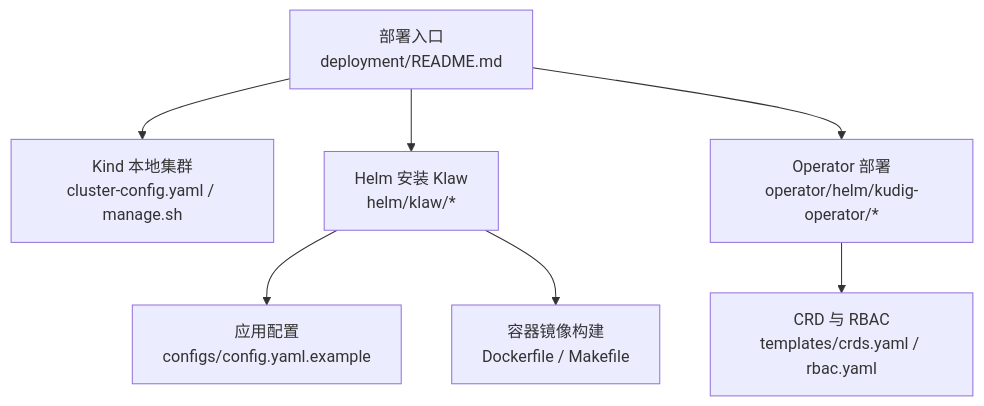
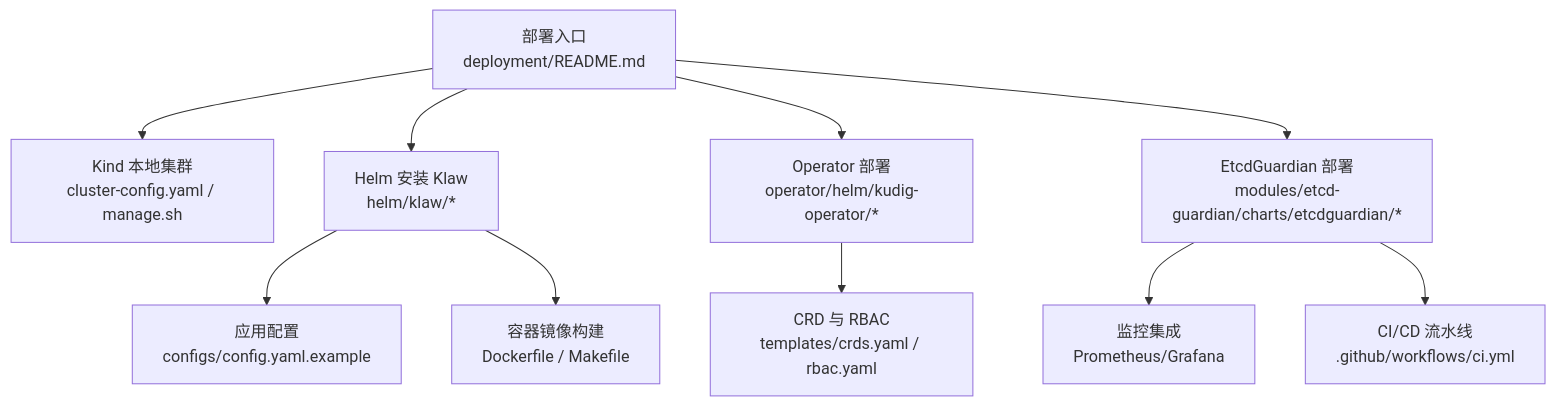
One commit to kudig-io/klaw changed the first of 6 diagrams in .qoder/repowiki/zh/content/安装部署/Kubernetes集群部署/Kubernetes集群部署.md. Above: the diagram before and after it, drawn with Mermaid. The commit also changed other lines of this file and 237 other files, not shown here.

````diff
--- a/.qoder/repowiki/zh/content/安装部署/Kubernetes集群部署/Kubernetes集群部署.md
+++ b/.qoder/repowiki/zh/content/安装部署/Kubernetes集群部署/Kubernetes集群部署.md
@@ -47,9 +67,12 @@
 ```mermaid
 graph TB
 A["部署入口<br/>deployment/README.md"] --> B["Kind 本地集群<br/>cluster-config.yaml / manage.sh"]
 A --> C["Helm 安装 Klaw<br/>helm/klaw/*"]
 A --> D["Operator 部署<br/>operator/helm/kudig-operator/*"]
-C --> E["应用配置<br/>configs/config.yaml.example"]
-C --> F["容器镜像构建<br/>Dockerfile / Makefile"]
-D --> G["CRD 与 RBAC<br/>templates/crds.yaml / rbac.yaml"]
+A --> E["EtcdGuardian 部署<br/>modules/etcd-guardian/charts/etcdguardian/*"]
+C --> F["应用配置<br/>configs/config.yaml.example"]
+C --> G["容器镜像构建<br/>Dockerfile / Makefile"]
+D --> H["CRD 与 RBAC<br/>templates/crds.yaml / rbac.yaml"]
+E --> I["监控集成<br/>Prometheus/Grafana"]
+E --> J["CI/CD 流水线<br/>.github/workflows/ci.yml"]
 ```
````
